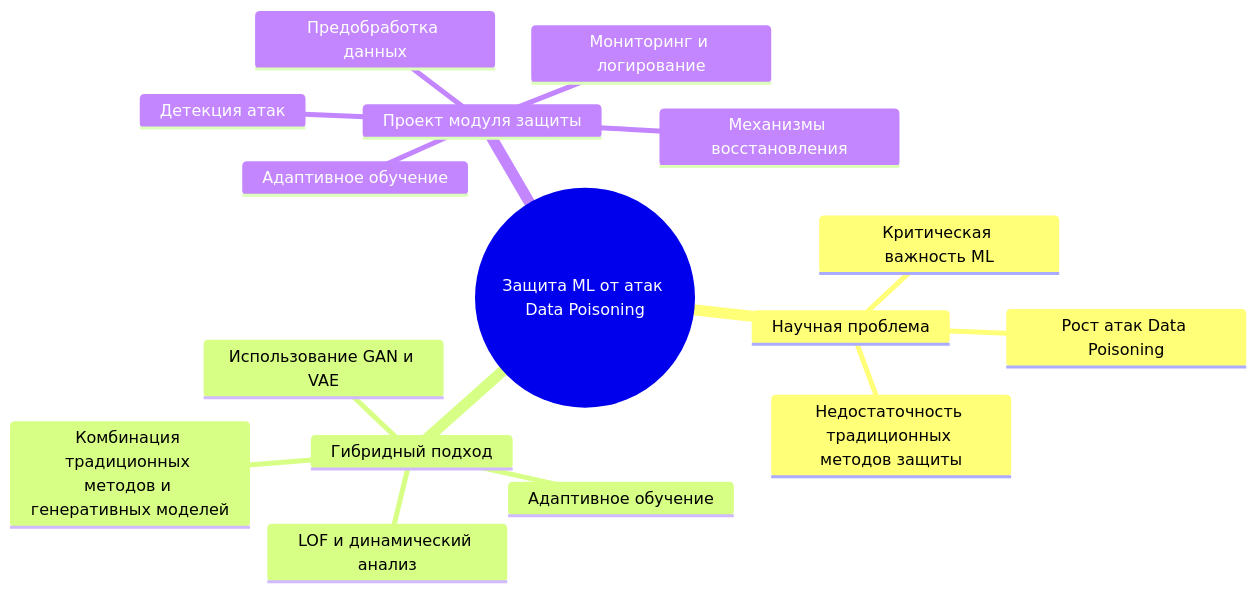
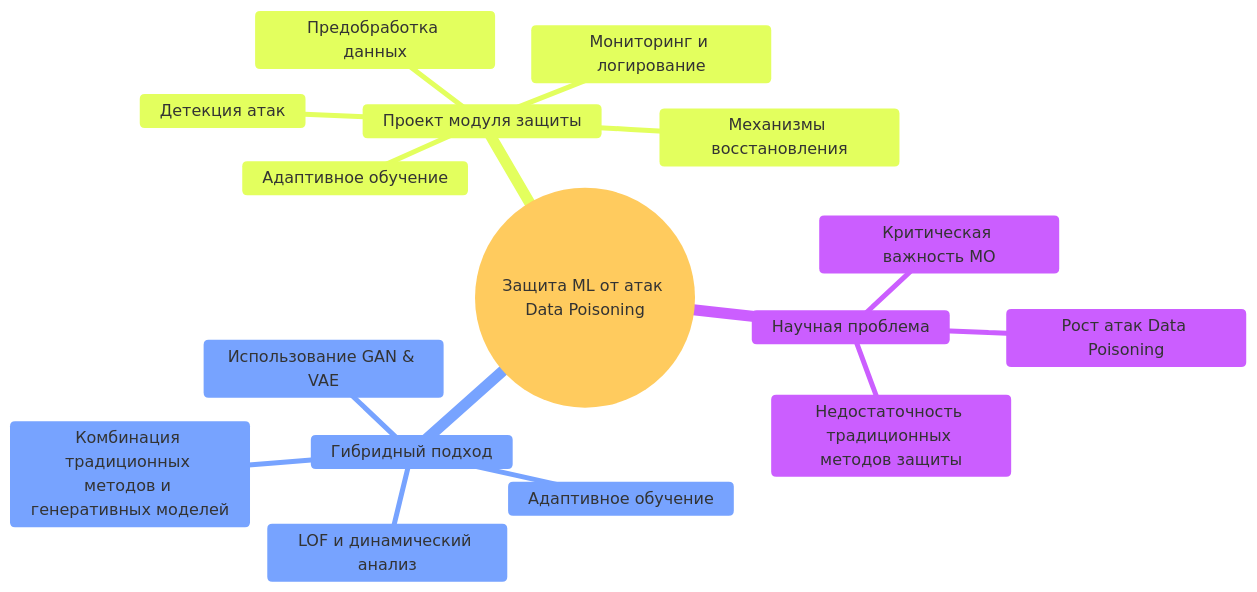
One commit to PanOlifer/Hybrid-Anomaly-Detection-Adaptive-Model-Training-HADAMT changed the diagram in README.md. Above: the diagram before and after it, drawn with Mermaid.

````diff
--- a/README.md
+++ b/README.md
@@ -175,19 +175,20 @@
 ```mermaid
+%%{init: {'theme': 'base', 'themeVariables': {'background': '#ffffff'}}}%%
 mindmap
   root((Защита ML от атак Data Poisoning))
     Научная проблема
       Рост атак Data Poisoning
-      Критическая важность ML
+      Критическая важность МО
       Недостаточность традиционных методов защиты
     Гибридный подход
       Комбинация традиционных методов и генеративных моделей
-      Использование GAN и VAE
+      Использование GAN & VAE
       LOF и динамический анализ
       Адаптивное обучение
     Проект модуля защиты
       Предобработка данных
       Детекция атак
       Адаптивное обучение
       Механизмы восстановления
       Мониторинг и логирование
 ```
````
